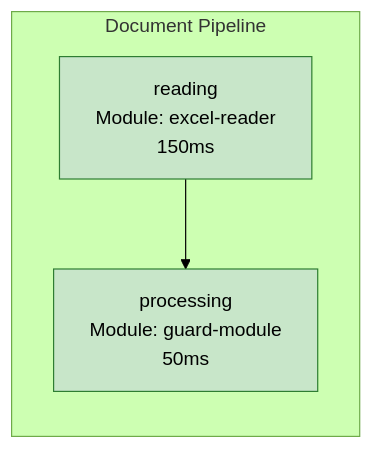
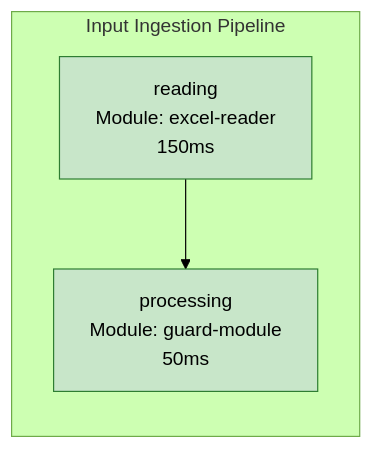
The diagram in src/Features/Reports/Modules/ContextCompiler.Reports.Modules.Pipelines.Mermaid/README.md (gbaudrit/context-compiler), drawn with Mermaid (forest theme) before and after one commit. The commit also changed 147 other files, not shown here.

````diff
--- a/src/Features/Reports/Modules/ContextCompiler.Reports.Modules.Pipelines.Mermaid/README.md
+++ b/src/Features/Reports/Modules/ContextCompiler.Reports.Modules.Pipelines.Mermaid/README.md
@@ -33,9 +33,9 @@
 ```mermaid
 graph LR
-    subgraph doc_pipeline[Document Pipeline]
+    subgraph doc_pipeline[Input Ingestion Pipeline]
         doc_pipeline_reading[reading<br/>Module: excel-reader<br/>150ms]
         style doc_pipeline_reading fill:#c8e6c9,stroke:#2e7d32
         doc_pipeline_reading --> doc_pipeline_processing[processing<br/>Module: guard-module<br/>50ms]
         style doc_pipeline_processing fill:#c8e6c9,stroke:#2e7d32
     end
 ```
````
